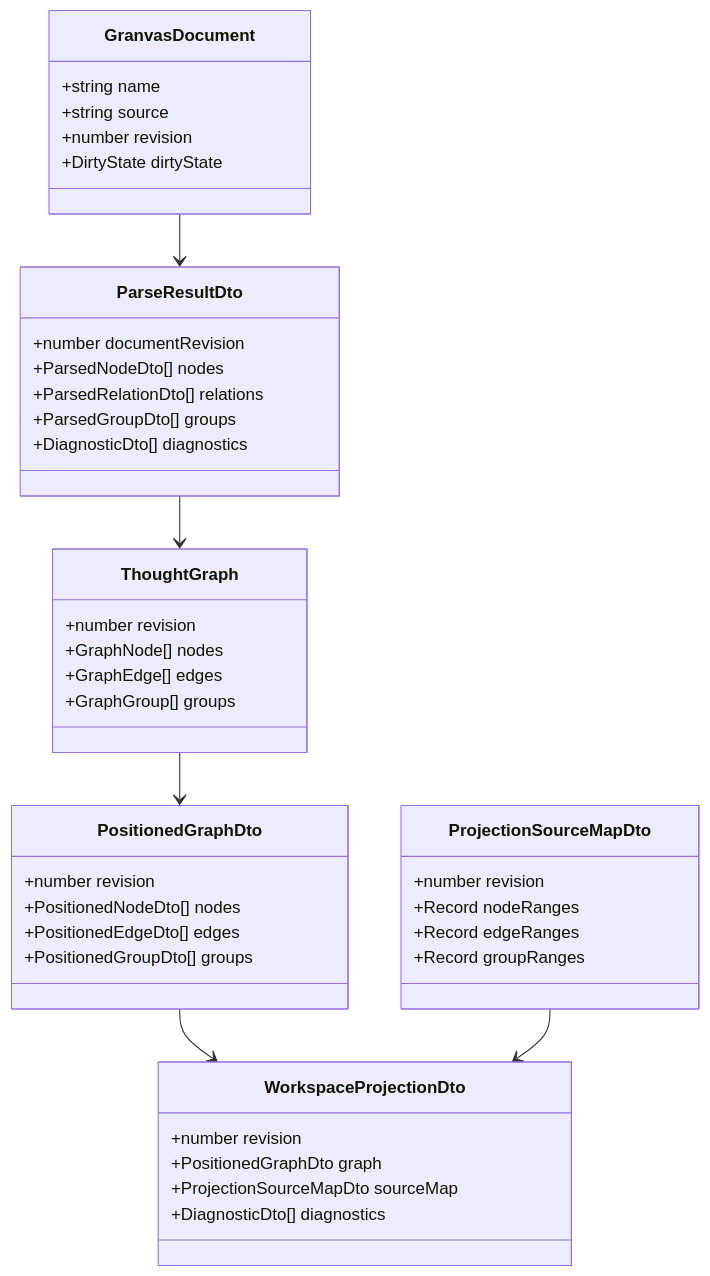
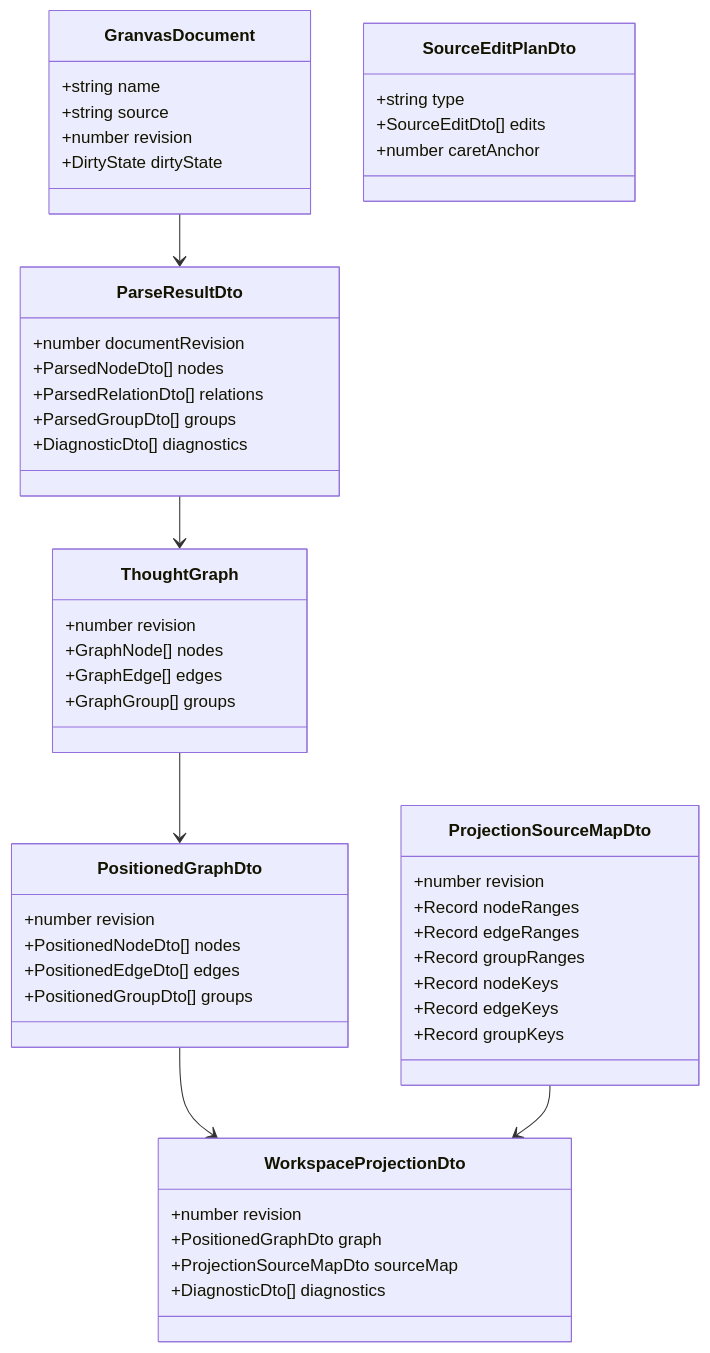
One commit to dayaa-arch/granvas changed the second of 5 diagrams in docs/functional-design.md. Above: the diagram before and after it, drawn with Mermaid. The commit also changed other lines of this file and 43 other files, not shown here.

````diff
--- a/docs/functional-design.md
+++ b/docs/functional-design.md
@@ -156,45 +179,53 @@
 ```mermaid
 classDiagram
     class GranvasDocument {
       +string name
       +string source
       +number revision
       +DirtyState dirtyState
     }
     class ParseResultDto {
       +number documentRevision
       +ParsedNodeDto[] nodes
       +ParsedRelationDto[] relations
       +ParsedGroupDto[] groups
       +DiagnosticDto[] diagnostics
     }
     class ThoughtGraph {
       +number revision
       +GraphNode[] nodes
       +GraphEdge[] edges
       +GraphGroup[] groups
     }
     class PositionedGraphDto {
       +number revision
       +PositionedNodeDto[] nodes
       +PositionedEdgeDto[] edges
       +PositionedGroupDto[] groups
     }
     class ProjectionSourceMapDto {
       +number revision
       +Record nodeRanges
       +Record edgeRanges
       +Record groupRanges
+      +Record nodeKeys
+      +Record edgeKeys
+      +Record groupKeys
+    }
+    class SourceEditPlanDto {
+      +string type
+      +SourceEditDto[] edits
+      +number caretAnchor
     }
     class WorkspaceProjectionDto {
       +number revision
       +PositionedGraphDto graph
       +ProjectionSourceMapDto sourceMap
       +DiagnosticDto[] diagnostics
     }
     GranvasDocument --> ParseResultDto
     ParseResultDto --> ThoughtGraph
     ThoughtGraph --> PositionedGraphDto
     PositionedGraphDto --> WorkspaceProjectionDto
     ProjectionSourceMapDto --> WorkspaceProjectionDto
 ```
````
